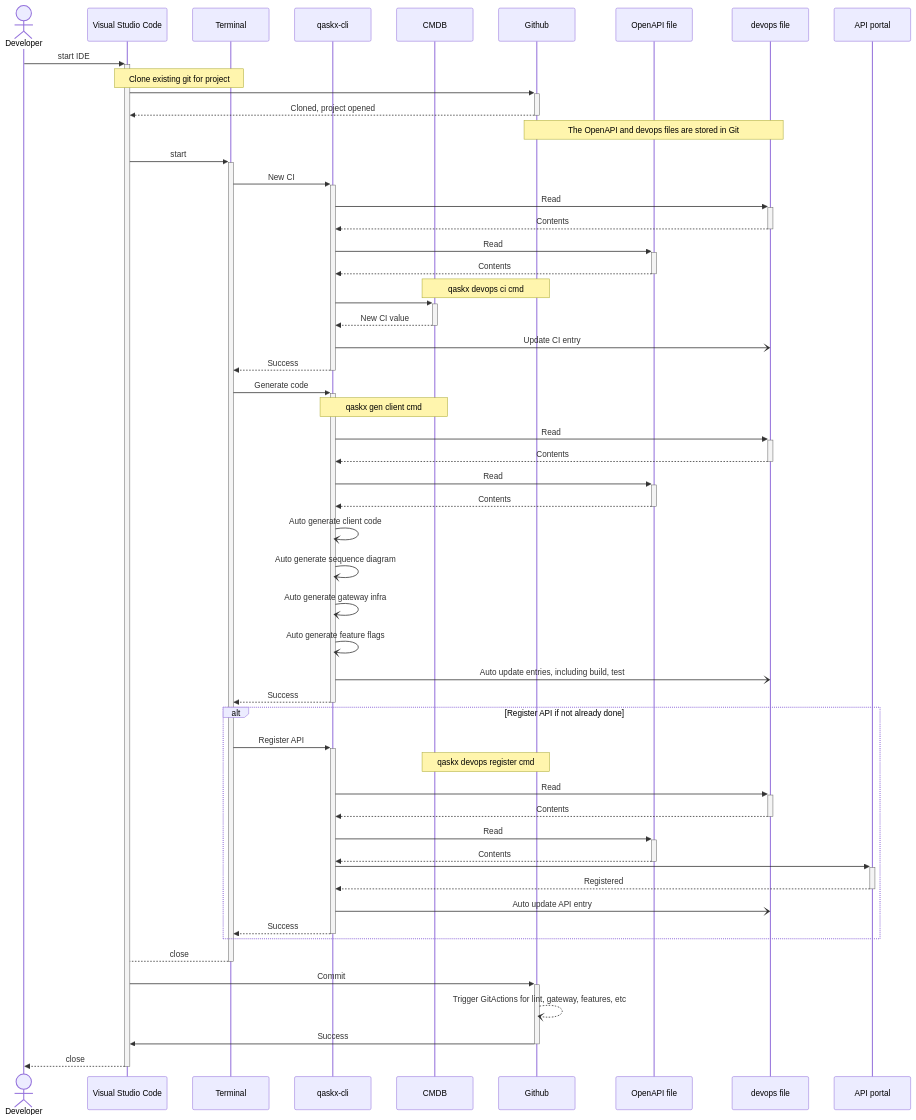
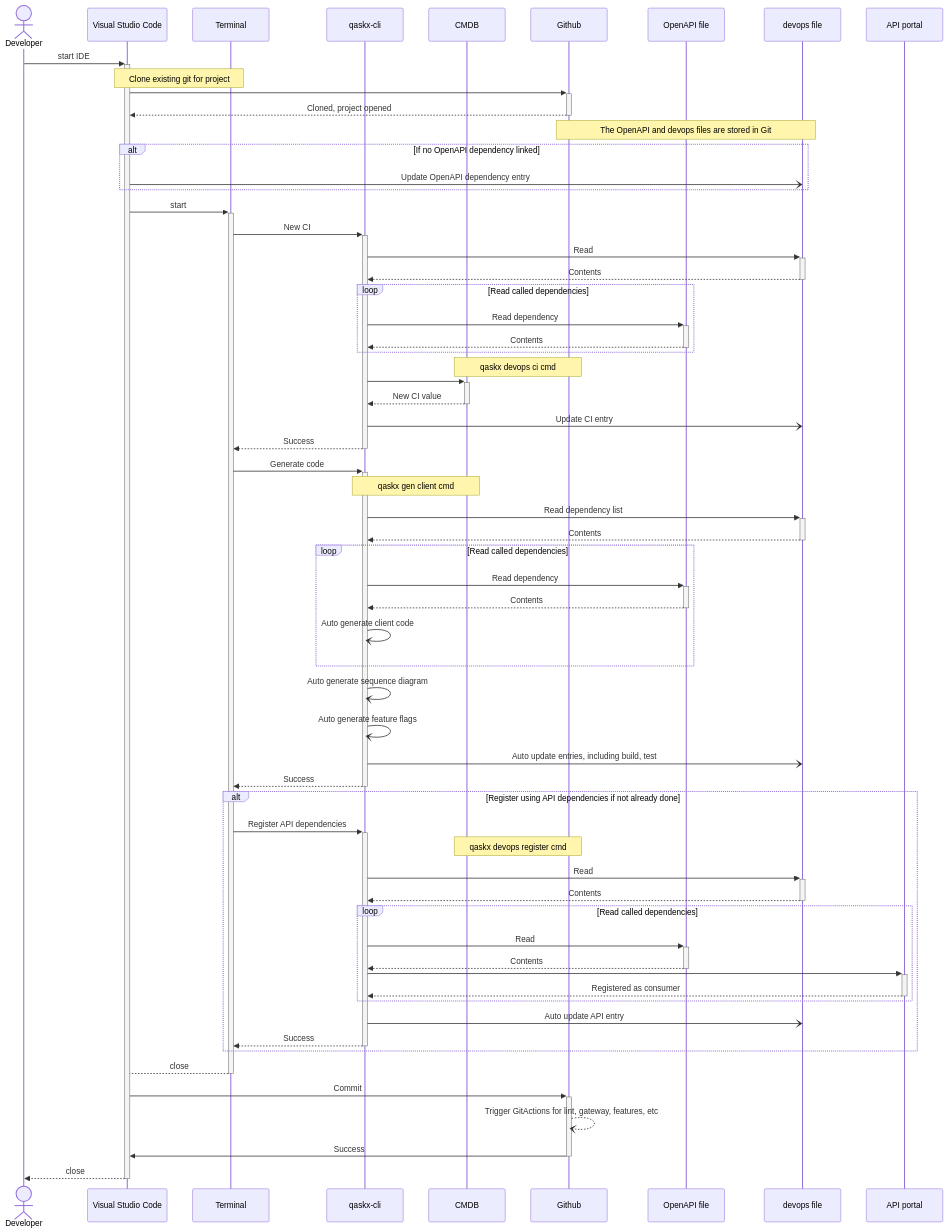
The first of 2 diagrams in docs/developers_client_start.md (meerkat-manor/rediOps), drawn with Mermaid before and after one commit. The commit also changed other lines of this file and 1 other file, not shown here.

Commit message:
Corrected API dependency handling Added automation for OpenAPI scan

````diff
--- a/docs/developers_client_start.md
+++ b/docs/developers_client_start.md
@@ -28,72 +28,81 @@
 ```mermaid
 
 sequenceDiagram
 
     actor dev as Developer
     participant vsc as Visual Studio Code
     participant term as Terminal
     participant qaskx as qaskx-cli
     participant cmdb as CMDB
     participant git as Github
     link git: GitHub @ https://github.com/meerkat-manor/devops
     participant oas3f as OpenAPI file
     participant devops as devops file
     participant apip as API portal
 
     dev ->>+ vsc: start IDE
 
     Note over vsc, term: Clone existing git for project
     vsc ->>+ git : 
     git -->>- vsc : Cloned, project opened
 
     Note over git, devops: The OpenAPI and devops files are stored in Git
 
+    alt If no OpenAPI dependency linked
+    vsc -) devops: Update OpenAPI dependency entry
+    end
+
     vsc ->>+ term: start
     term ->>+ qaskx: New CI
     qaskx ->>+ devops: Read 
     devops -->>- qaskx: Contents
-    qaskx ->>+ oas3f: Read 
+    loop Read called dependencies
+    qaskx ->>+ oas3f: Read dependency
     oas3f -->>- qaskx: Contents
+    end
     Note over cmdb, git: qaskx devops ci cmd
     qaskx ->>+ cmdb: 
     cmdb -->>- qaskx: New CI value
     qaskx -) devops: Update CI entry
     qaskx -->>- term: Success
 
     term ->>+ qaskx: Generate code
     Note over qaskx, cmdb: qaskx gen client cmd
-    qaskx ->>+ devops: Read 
+    qaskx ->>+ devops: Read dependency list
     devops -->>- qaskx: Contents
-    qaskx ->>+ oas3f: Read 
+    loop Read called dependencies
+    qaskx ->>+ oas3f: Read dependency
     oas3f -->>- qaskx: Contents
     qaskx -) qaskx: Auto generate client code
+    end
     qaskx -) qaskx: Auto generate sequence diagram
-    qaskx -) qaskx: Auto generate gateway infra
     qaskx -) qaskx: Auto generate feature flags
     qaskx -) devops: Auto update entries, including build, test
     qaskx -->>- term: Success
 
-    alt Register API if not already done
+    alt Register using API dependencies if not already done
 
-    term ->>+ qaskx: Register API
+    term ->>+ qaskx: Register API dependencies
     Note over cmdb, git: qaskx devops register cmd
     qaskx ->>+ devops: Read 
     devops -->>- qaskx: Contents
+    loop Read called dependencies
     qaskx ->>+ oas3f: Read 
     oas3f -->>- qaskx: Contents
     qaskx ->>+ apip: 
-    apip -->>- qaskx: Registered
+    apip -->>- qaskx: Registered as consumer
+    end
     qaskx -) devops: Auto update API entry
     qaskx -->>- term: Success
 
     end
 
     term -->- vsc: close
 
     vsc ->>+ git: Commit
     git --) git: Trigger GitActions for lint, gateway, features, etc 
     git ->>- vsc: Success
 
     vsc -->>- dev: close
 
 ```
````
